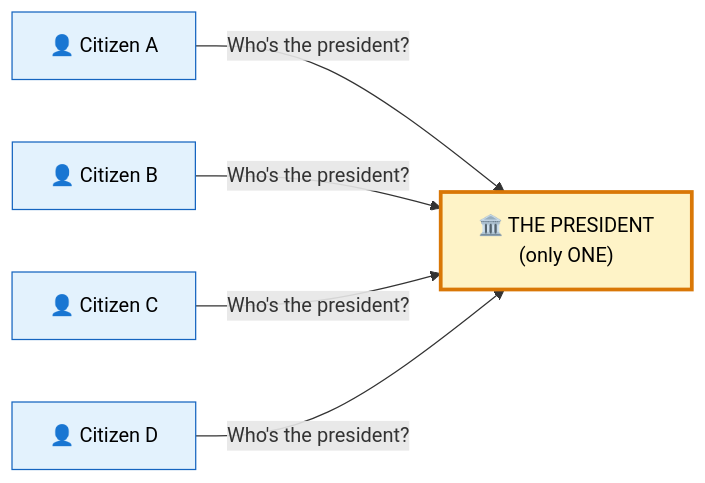
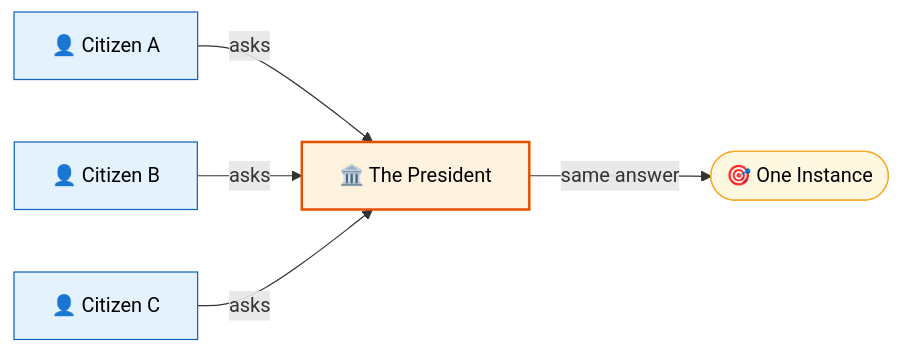
The first of 3 diagrams in docs/designpatterns/creationalDesignPatterns/singletondesignpattern.md (saivamsikaruturi/vamsilabs-dev-notes-main), drawn with Mermaid before and after one commit. The commit also changed other lines of this file and 42 other files, not shown here.

````diff
--- a/docs/designpatterns/creationalDesignPatterns/singletondesignpattern.md
+++ b/docs/designpatterns/creationalDesignPatterns/singletondesignpattern.md
@@ -10,13 +10,13 @@
 ```mermaid
 flowchart LR
-    A["👤 Citizen A"] -->|Who's the president?| P["🏛️ THE PRESIDENT<br/>(only ONE)"]
-    B["👤 Citizen B"] -->|Who's the president?| P
-    C["👤 Citizen C"] -->|Who's the president?| P
-    D["👤 Citizen D"] -->|Who's the president?| P
+    A["👤 Citizen A"] -->|"asks"| P["🏛️ The President"]
+    B["👤 Citizen B"] -->|"asks"| P
+    C["👤 Citizen C"] -->|"asks"| P
+    P -->|"same answer"| R(["🎯 One Instance"])
     
-    style P fill:#FEF3C7,stroke:#D97706,stroke-width:3px,color:#000
+    style P fill:#FFF3E0,stroke:#E65100,stroke-width:2px,color:#000
     style A fill:#E3F2FD,stroke:#1565C0,color:#000
     style B fill:#E3F2FD,stroke:#1565C0,color:#000
     style C fill:#E3F2FD,stroke:#1565C0,color:#000
-    style D fill:#E3F2FD,stroke:#1565C0,color:#000
+    style R fill:#FFF8E1,stroke:#F9A825,color:#000
 ```
````
